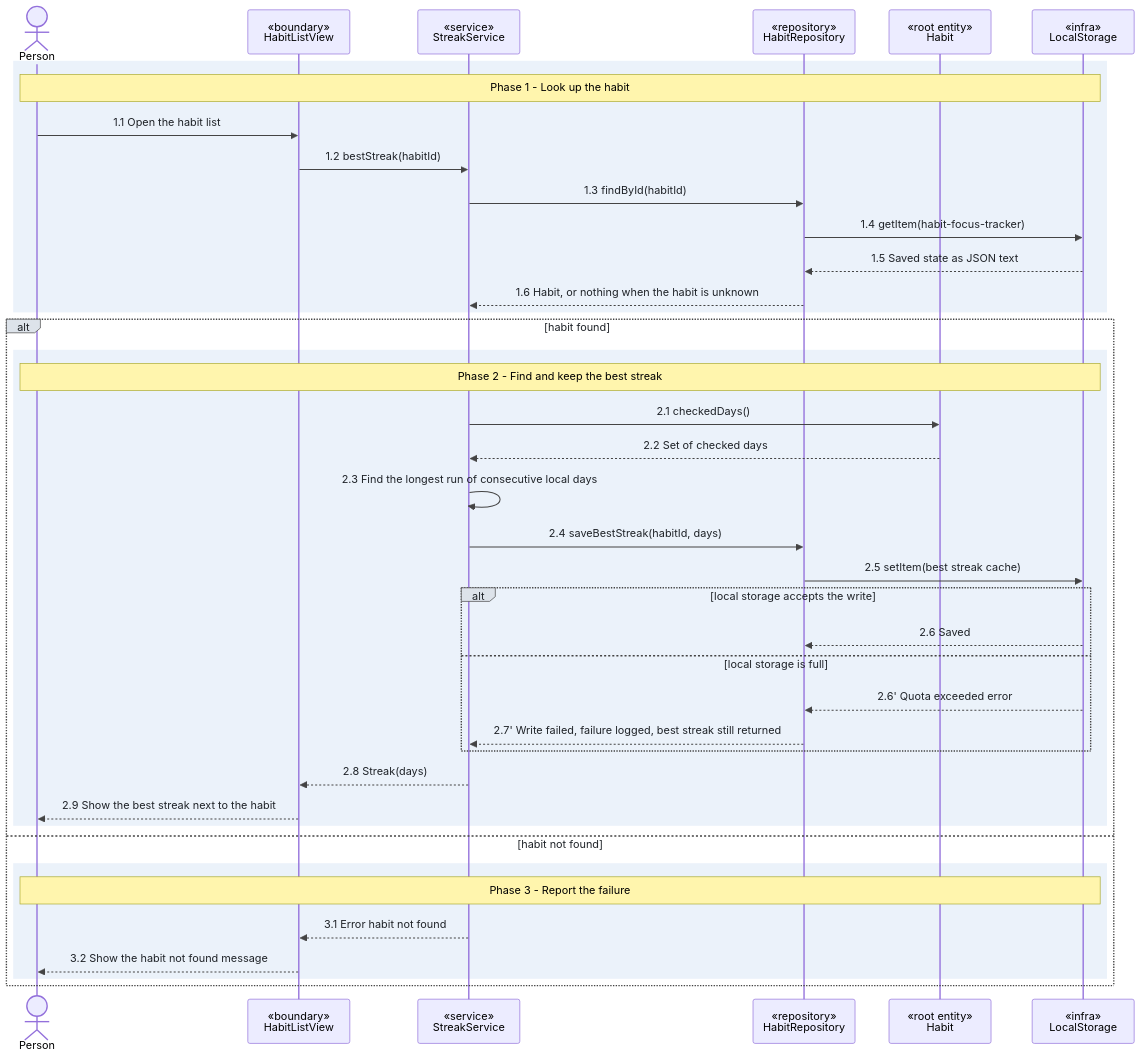
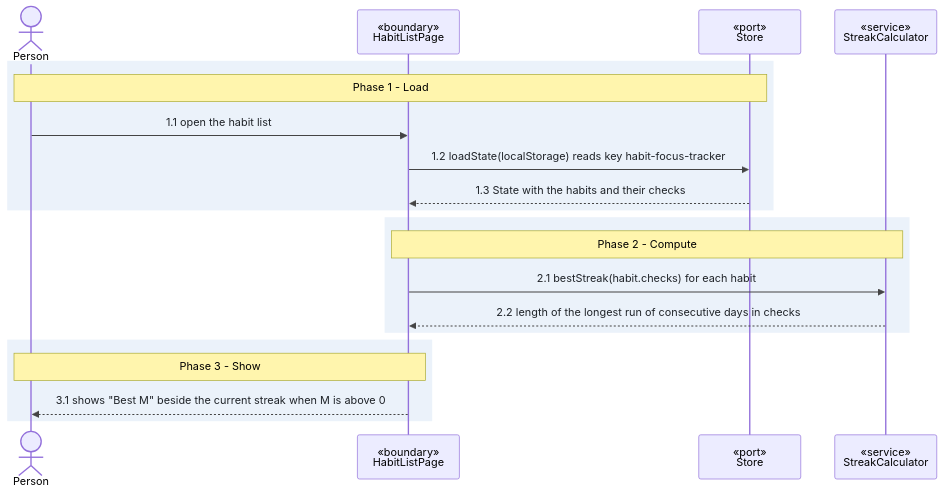
Before and after one commit to joisse1101/the-toolbox: the third of 3 diagrams in toolkit/sample/story-to-code/stages/planned/.plans/habits/slices/streaks/UC-streaks.md, drawn with Mermaid. The commit also changed other lines of this file and 20 other files, not shown here.

````diff
--- a/toolkit/sample/story-to-code/stages/planned/.plans/habits/slices/streaks/UC-streaks.md
+++ b/toolkit/sample/story-to-code/stages/planned/.plans/habits/slices/streaks/UC-streaks.md
@@ -139,43 +119,23 @@
 ```mermaid
 %%{init: {'themeVariables': {'signalTextColor':'#1f2328','labelTextColor':'#1f2328','loopTextColor':'#1f2328','signalColor':'#444','labelBoxBkgColor':'#dde3ea','labelBoxBorderColor':'#444'}}}%%
 sequenceDiagram
-  actor P as Person
-  participant V as «boundary»<br/>HabitListView
-  participant S as «service»<br/>StreakService
-  participant R as «repository»<br/>HabitRepository
-  participant H as «root entity»<br/>Habit
-  participant L as «infra»<br/>LocalStorage
+  actor Person
+  participant Page as «boundary»<br/>HabitListPage
+  participant Store as «port»<br/>Store
+  participant Calc as «service»<br/>StreakCalculator
   rect rgb(235, 242, 250)
-    Note over P,L: Phase 1 - Look up the habit
-    P->>V: 1.1 Open the habit list
-    V->>S: 1.2 bestStreak(habitId)
-    S->>R: 1.3 findById(habitId)
-    R->>L: 1.4 getItem(habit-focus-tracker)
-    L-->>R: 1.5 Saved state as JSON text
-    R-->>S: 1.6 Habit, or nothing when the habit is unknown
+    Note over Person,Store: Phase 1 - Load
+    Person->>Page: 1.1 open the habit list
+    Page->>Store: 1.2 loadState(localStorage) reads key habit-focus-tracker
+    Store-->>Page: 1.3 State with the habits and their checks
   end
-  alt habit found
-    rect rgb(235, 242, 250)
-      Note over P,L: Phase 2 - Find and keep the best streak
-      S->>H: 2.1 checkedDays()
-      H-->>S: 2.2 Set of checked days
-      S->>S: 2.3 Find the longest run of consecutive local days
-      S->>R: 2.4 saveBestStreak(habitId, days)
-      R->>L: 2.5 setItem(best streak cache)
-      alt local storage accepts the write
-        L-->>R: 2.6 Saved
-      else local storage is full
-        L-->>R: 2.6' Quota exceeded error
-        R-->>S: 2.7' Write failed, failure logged, best streak still returned
-      end
-      S-->>V: 2.8 Streak(days)
-      V-->>P: 2.9 Show the best streak next to the habit
-    end
-  else habit not found
-    rect rgb(235, 242, 250)
-      Note over P,L: Phase 3 - Report the failure
-      S-->>V: 3.1 Error habit not found
-      V-->>P: 3.2 Show the habit not found message
-    end
+  rect rgb(235, 242, 250)
+    Note over Page,Calc: Phase 2 - Compute
+    Page->>Calc: 2.1 bestStreak(habit.checks) for each habit
+    Calc-->>Page: 2.2 length of the longest run of consecutive days in checks
+  end
+  rect rgb(235, 242, 250)
+    Note over Person,Page: Phase 3 - Show
+    Page-->>Person: 3.1 shows "Best M" beside the current streak when M is above 0
   end
 ```
````
